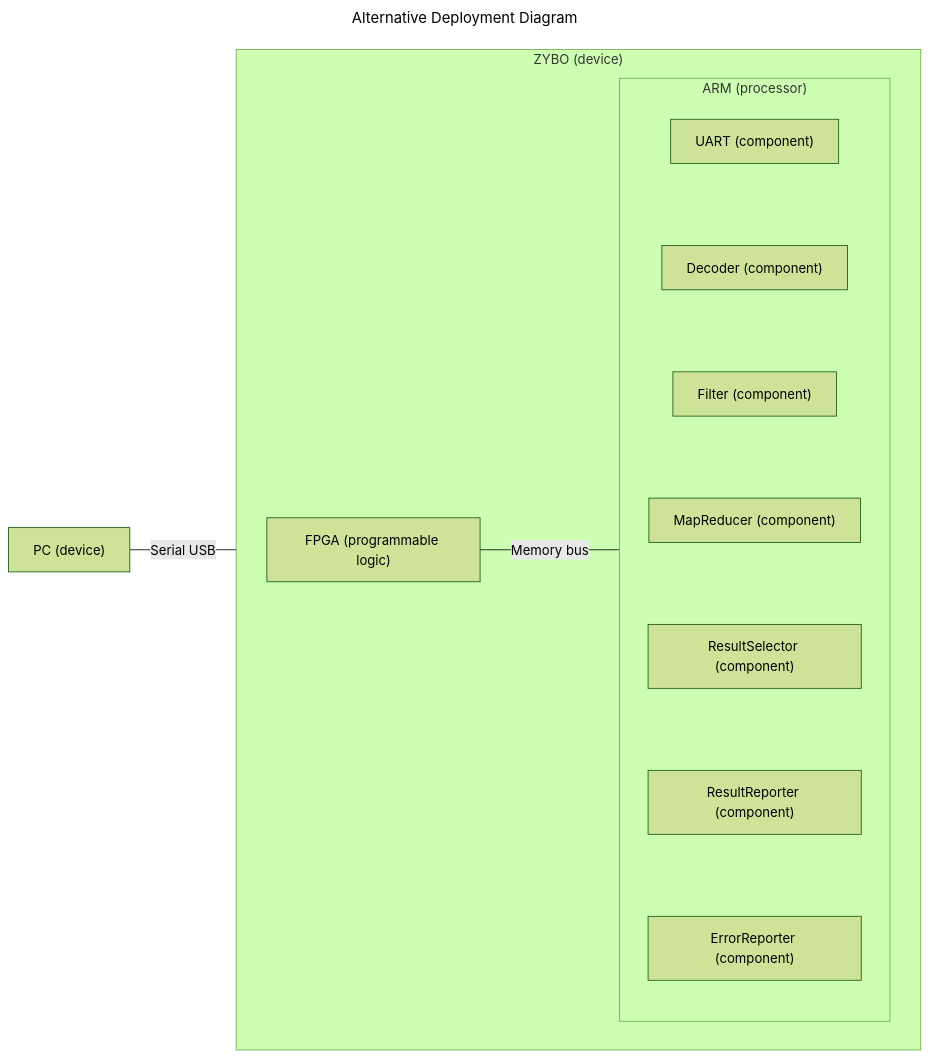
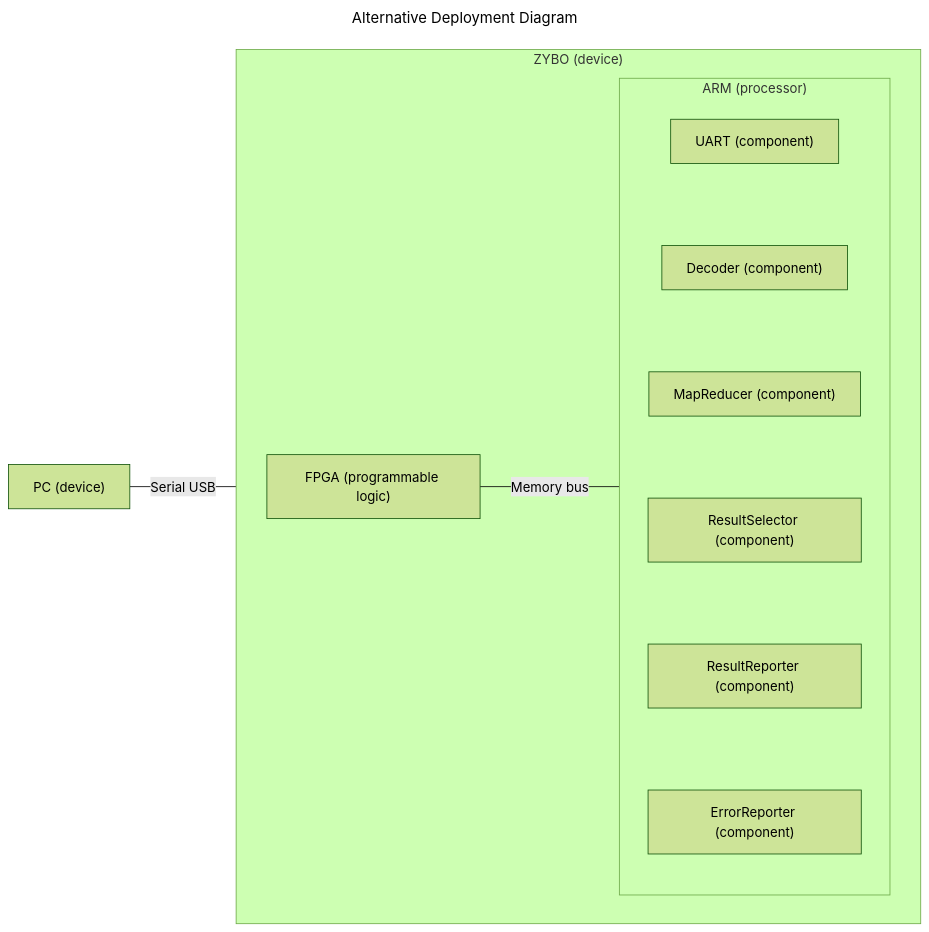
Before and after one commit to Junale/erts-a1: the fifth of 7 diagrams in exam-project/mermaid -diagrams.md, drawn with Mermaid (forest theme). The commit also changed other lines of this file, not shown here.

Commit message:
refactor diagrams: clean up relationships and remove unnecessary components; add asynchronous and synchronous design class diagrams

````diff
--- a/exam-project/mermaid -diagrams.md
+++ b/exam-project/mermaid -diagrams.md
@@ -113,32 +106,31 @@
 ```mermaid
 ---
     title: Alternative Deployment Diagram
     config:
         flowchart:
             curve: linear
 ---
 flowchart LR
     PC["PC (device)"]
 
     subgraph ZYBO["ZYBO (device)"]
         direction LR
         FPGA["FPGA (programmable logic)"]
 
         subgraph ARM["ARM (processor)"]
             direction TB
             UART["UART (component)"]
             Decoder["Decoder (component)"]
-            Filter["Filter (component)"]
             MapReducer["MapReducer (component)"]
             ResultSelector["ResultSelector (component)"]
             ResultReporter["ResultReporter (component)"]
             ErrorReporter["ErrorReporter (component)"]
 
-            UART ~~~ Decoder ~~~ Filter ~~~ MapReducer ~~~ ResultSelector ~~~ ResultReporter ~~~ ErrorReporter
+            UART ~~~ Decoder ~~~ MapReducer ~~~ ResultSelector ~~~ ResultReporter ~~~ ErrorReporter
         end
 
         FPGA ---|Memory bus| ARM
     end
 
     PC ---|Serial USB| ZYBO
 ```
````
